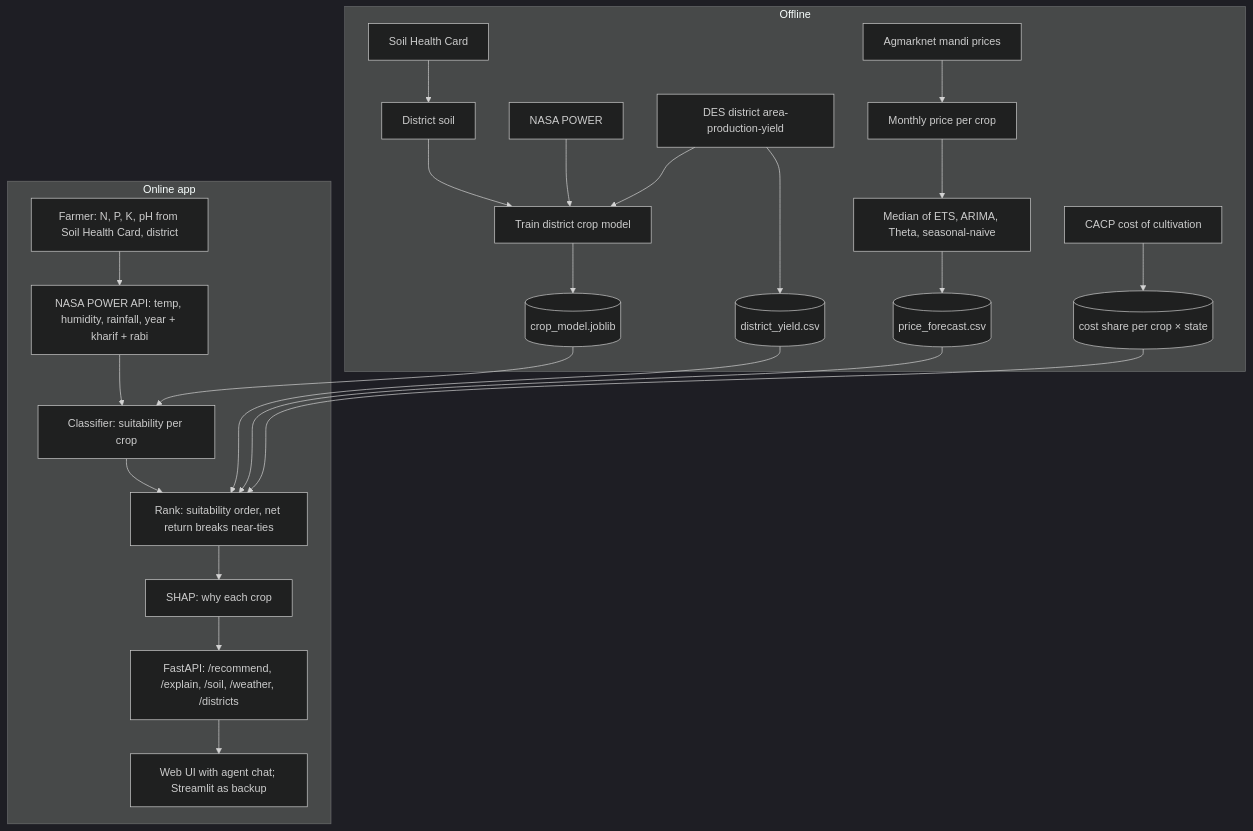
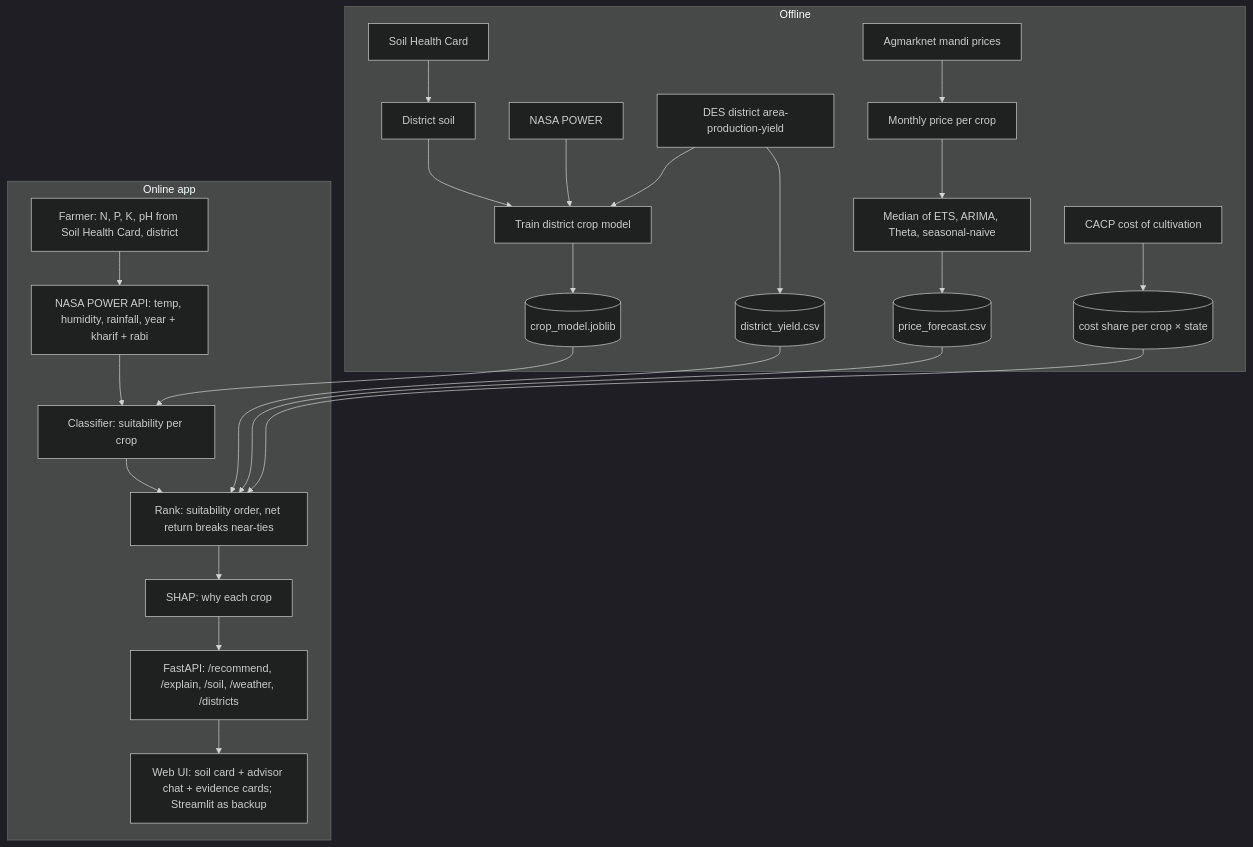
One commit to Ankush610/cropwise changed the diagram in docs/architecture.md. Above: the diagram before and after it, drawn with Mermaid (dark theme). The commit also changed other lines of this file and 28 other files, not shown here.

First line of the commit message:
Consultant agent on Gemini with Ollama fallback; web UI

````diff
--- a/docs/architecture.md
+++ b/docs/architecture.md
@@ -10,24 +10,24 @@
 ```mermaid
 flowchart TD
   subgraph Offline
     SH[Soil Health Card] --> DS[District soil] --> CM[Train district crop model]
     NP[NASA POWER] --> CM
     I --> CM
     CM --> M1[(crop_model.joblib)]
     P[Agmarknet mandi prices] --> C2[Monthly price per crop] --> PM[Median of ETS, ARIMA, Theta, seasonal-naive] --> F[(price_forecast.csv)]
     I[DES district area-production-yield] --> Y[(district_yield.csv)]
     CC[CACP cost of cultivation] --> CS[(cost share per crop × state)]
   end
   subgraph Online app
     U[Farmer: N, P, K, pH from Soil Health Card, district] --> W[NASA POWER API: temp, humidity, rainfall, year + kharif + rabi]
     W --> PR[Classifier: suitability per crop]
     M1 --> PR
     PR --> R[Rank: suitability order, net return breaks near-ties]
     Y --> R
     F --> R
     CS --> R
     R --> S[SHAP: why each crop]
     S --> API[FastAPI: /recommend, /explain, /soil, /weather, /districts]
-    API --> OUT[Web UI with agent chat; Streamlit as backup]
+    API --> OUT[Web UI: soil card + advisor chat + evidence cards; Streamlit as backup]
   end
 ```
````
